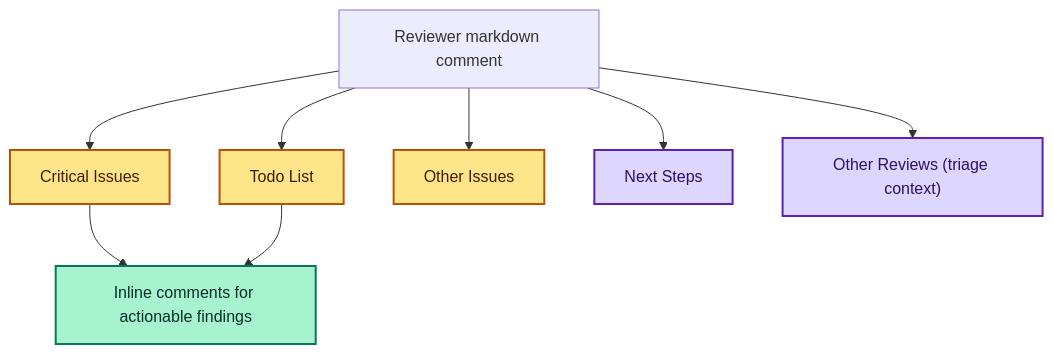
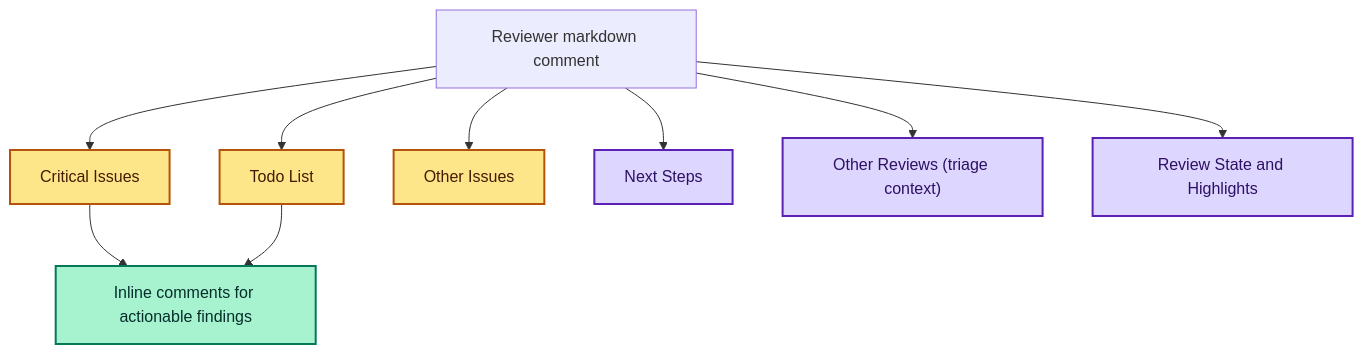
The diagram in Docs/reviewer/review-output.md (EvotecIT/IntelligenceX), drawn with Mermaid before and after one commit. The commit also changed other lines of this file and 54 other files, not shown here.

````diff
--- a/Docs/reviewer/review-output.md
+++ b/Docs/reviewer/review-output.md
@@ -16,18 +16,19 @@
 ```mermaid
 flowchart TD
   classDef required fill:#FDE68A,stroke:#B45309,color:#451A03,stroke-width:2px;
   classDef optional fill:#DDD6FE,stroke:#5B21B6,color:#2E1065,stroke-width:2px;
   classDef inline fill:#A7F3D0,stroke:#047857,color:#052E2B,stroke-width:2px;
 
   A["Reviewer markdown comment"] --> B["Todo List"]
   A --> C["Critical Issues"]
   A --> D["Other Issues"]
   A --> E["Next Steps"]
   A --> F["Other Reviews (triage context)"]
+  A --> H["Review State and Highlights"]
   C --> G["Inline comments for actionable findings"]
   B --> G
 
   class B,C,D required;
-  class E,F optional;
+  class E,F,H optional;
   class G inline;
 ```
````
